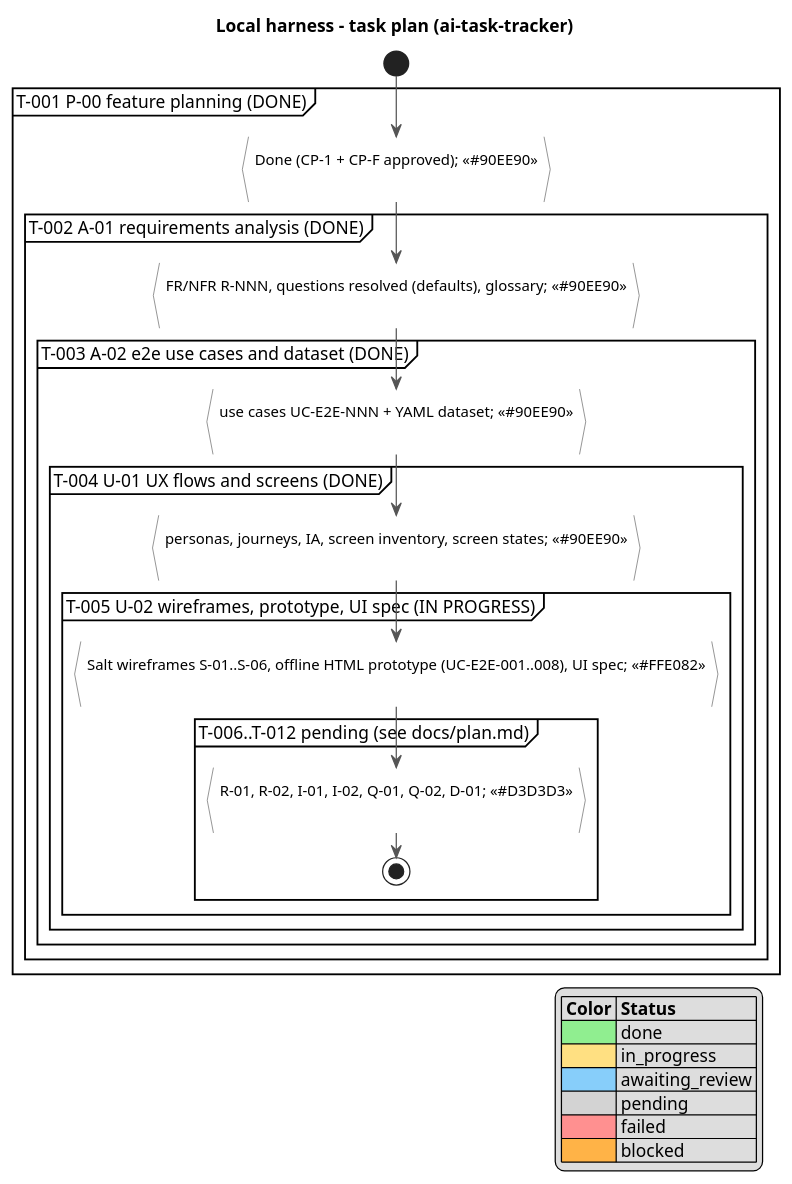
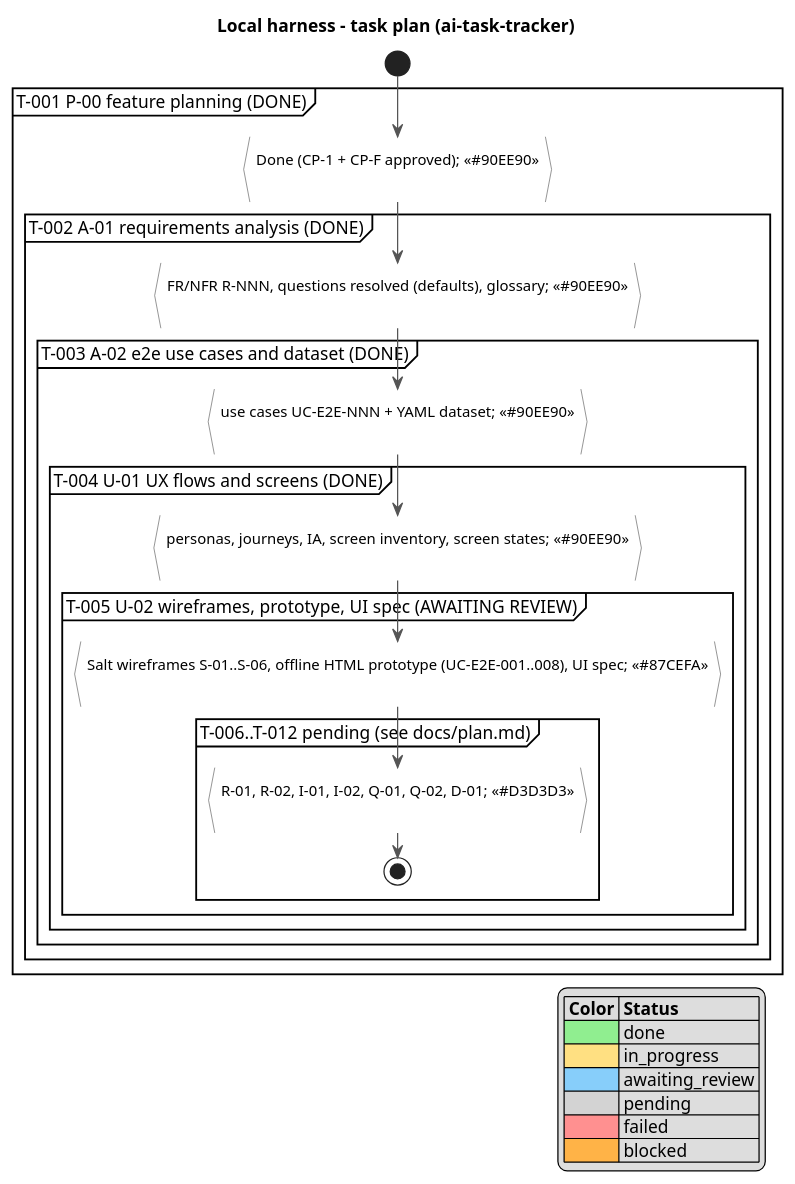
The diagram in docs/activity.puml (serge-sasov/ai-task-tracker), drawn with PlantUML before and after one commit. The commit also changed 18 other files, not shown here.

Commit message:
T-005: CP-2 (U-02 wireframes, prototype, UI spec) awaiting review

```diff
--- a/docs/activity.puml
+++ b/docs/activity.puml
@@ -1,38 +1,38 @@
 @startuml
 skinparam defaultFontName Segoe UI
 skinparam ActivityBackgroundColor #FFFFFF
 skinparam ActivityBorderColor #555555
 skinparam ArrowColor #555555
 title Local harness - task plan (ai-task-tracker)
 
 start
 partition "T-001 P-00 feature planning (DONE)" {
   :Done (CP-1 + CP-F approved); <<#90EE90>>
 }
 partition "T-002 A-01 requirements analysis (DONE)" {
   :FR/NFR R-NNN, questions resolved (defaults), glossary; <<#90EE90>>
 }
 partition "T-003 A-02 e2e use cases and dataset (DONE)" {
   :use cases UC-E2E-NNN + YAML dataset; <<#90EE90>>
 }
 partition "T-004 U-01 UX flows and screens (DONE)" {
   :personas, journeys, IA, screen inventory, screen states; <<#90EE90>>
 }
-partition "T-005 U-02 wireframes, prototype, UI spec (IN PROGRESS)" {
-  :Salt wireframes S-01..S-06, offline HTML prototype (UC-E2E-001..008), UI spec; <<#FFE082>>
+partition "T-005 U-02 wireframes, prototype, UI spec (AWAITING REVIEW)" {
+  :Salt wireframes S-01..S-06, offline HTML prototype (UC-E2E-001..008), UI spec; <<#87CEFA>>
 }
 partition "T-006..T-012 pending (see docs/plan.md)" {
   :R-01, R-02, I-01, I-02, Q-01, Q-02, D-01; <<#D3D3D3>>
 }
 stop
 
 legend right
  |= Color |= Status |
  |<#90EE90>| done |
  |<#FFE082>| in_progress |
  |<#87CEFA>| awaiting_review |
  |<#D3D3D3>| pending |
  |<#FF9090>| failed |
  |<#FFB347>| blocked |
 endlegend
 @enduml
```
